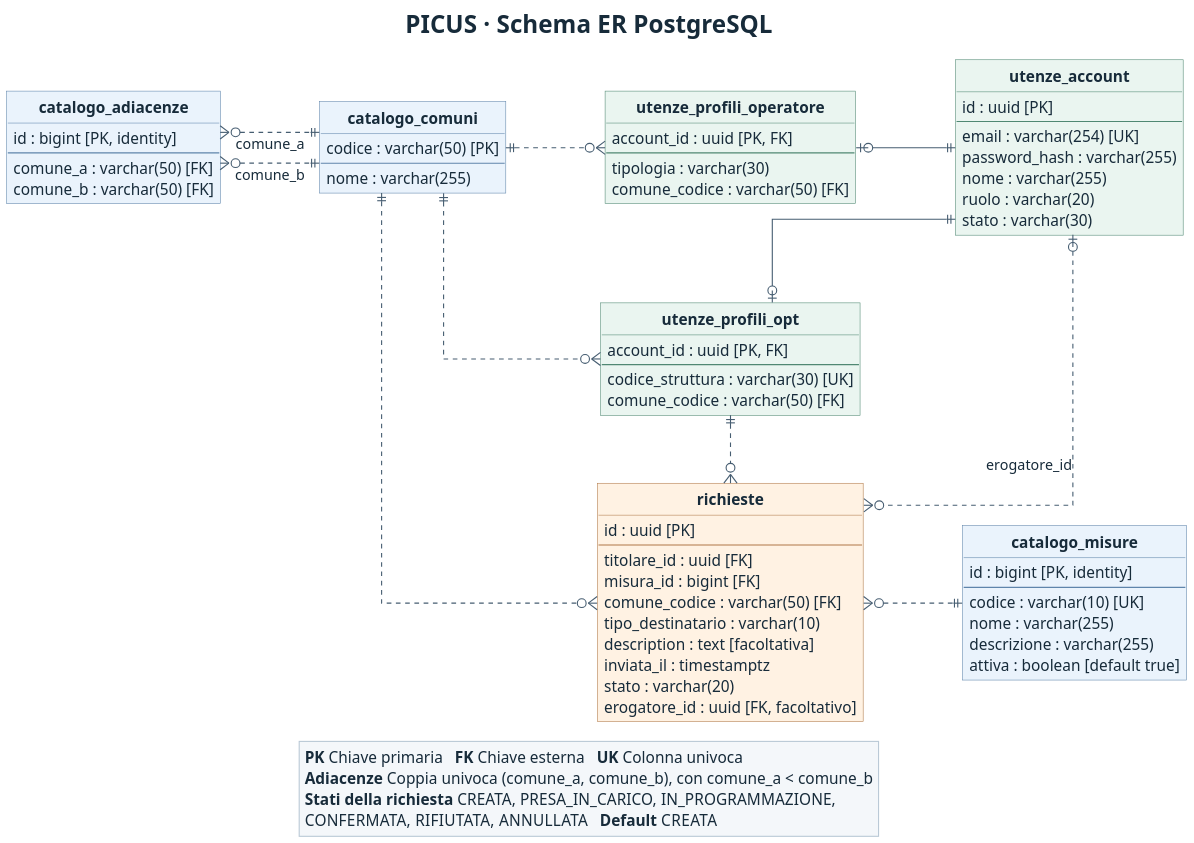
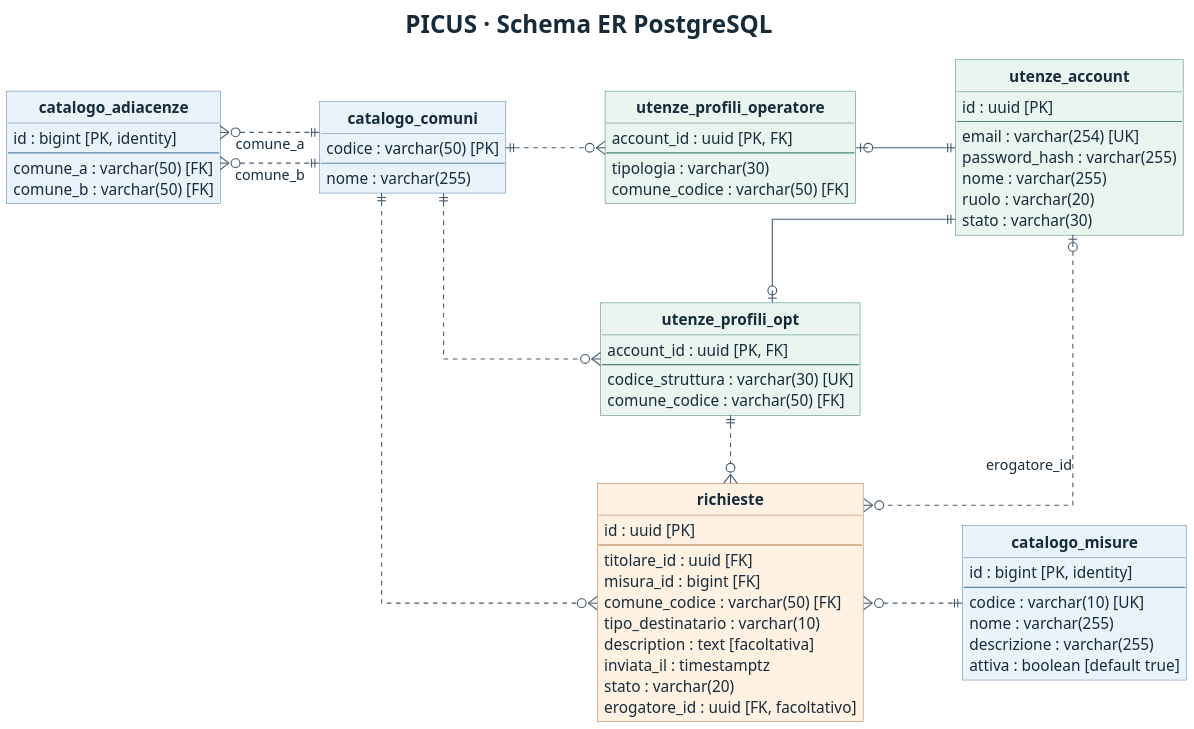
The diagram in docs/architecture/diagrams/PICUS-Schema-ER.puml (Pinguini-alla-Fragola/Progetto-SAD), drawn with PlantUML before and after one commit. The commit also changed 1 other file, not shown here.

Commit message:
docs(architecture): rimuove la legenda dallo schema ER

```diff
--- a/docs/architecture/diagrams/PICUS-Schema-ER.puml
+++ b/docs/architecture/diagrams/PICUS-Schema-ER.puml
@@ -1,111 +1,100 @@
 @startuml
 ' Schema PostgreSQL risultante dalle migrazioni Flyway V1-V5.
 skinparam linetype ortho
 skinparam roundCorner 0
 skinparam nodesep 90
 skinparam ranksep 62
 skinparam shadowing false
 skinparam dpi 160
 skinparam defaultFontName Arial
 skinparam defaultFontColor #172B3A
 skinparam classFontStyle bold
 skinparam classAttributeIconSize 0
 skinparam ArrowColor #465D71
-skinparam legend {
-  BackgroundColor #F4F7FA
-  BorderColor #BAC9D6
-}
 
 skinparam class {
   BorderColor #60768A
   BackgroundColor #F6FAFD
   BackgroundColor<<Catalogo>> #EAF3FC
   BorderColor<<Catalogo>> #5F85AB
   BackgroundColor<<Utenze>> #EAF5F0
   BorderColor<<Utenze>> #508873
   BackgroundColor<<Richieste>> #FFF2E3
   BorderColor<<Richieste>> #B07848
 }
 
 hide circle
 hide stereotype
 title <size:22><b>PICUS · Schema ER PostgreSQL</b></size>
 
 entity catalogo_comuni <<Catalogo>> {
   codice : varchar(50) [PK]
   --
   nome : varchar(255)
 }
 
 entity catalogo_adiacenze <<Catalogo>> {
   id : bigint [PK, identity]
   --
   comune_a : varchar(50) [FK]
   comune_b : varchar(50) [FK]
 }
 
 entity catalogo_misure <<Catalogo>> {
   id : bigint [PK, identity]
   --
   codice : varchar(10) [UK]
   nome : varchar(255)
   descrizione : varchar(255)
   attiva : boolean [default true]
 }
 
 entity utenze_account <<Utenze>> {
   id : uuid [PK]
   --
   email : varchar(254) [UK]
   password_hash : varchar(255)
   nome : varchar(255)
   ruolo : varchar(20)
   stato : varchar(30)
 }
 
 entity utenze_profili_opt <<Utenze>> {
   account_id : uuid [PK, FK]
   --
   codice_struttura : varchar(30) [UK]
   comune_codice : varchar(50) [FK]
 }
 
 entity utenze_profili_operatore <<Utenze>> {
   account_id : uuid [PK, FK]
   --
   tipologia : varchar(30)
   comune_codice : varchar(50) [FK]
 }
 
 entity richieste <<Richieste>> {
   id : uuid [PK]
   --
   titolare_id : uuid [FK]
   misura_id : bigint [FK]
   comune_codice : varchar(50) [FK]
   tipo_destinatario : varchar(10)
   description : text [facoltativa]
   inviata_il : timestamptz
   stato : varchar(20)
   erogatore_id : uuid [FK, facoltativo]
 }
 
 catalogo_comuni ||.left.o{ catalogo_adiacenze : comune_a
 catalogo_comuni ||.left.o{ catalogo_adiacenze : comune_b
 catalogo_comuni ||.down.o{ utenze_profili_opt
 catalogo_comuni ||.right.o{ utenze_profili_operatore
 catalogo_comuni ||.down.o{ richieste
 catalogo_misure ||.left.o{ richieste
 utenze_account ||-down-o| utenze_profili_opt
 utenze_account ||-left-o| utenze_profili_operatore
 utenze_account |o.down.o{ richieste : erogatore_id
 utenze_profili_opt ||.down.o{ richieste
 utenze_profili_operatore -[hidden]down- utenze_profili_opt
-
-legend bottom
-  <b>PK</b> Chiave primaria   <b>FK</b> Chiave esterna   <b>UK</b> Colonna univoca
-  <b>Adiacenze</b> Coppia univoca (comune_a, comune_b), con comune_a < comune_b
-  <b>Stati della richiesta</b> CREATA, PRESA_IN_CARICO, IN_PROGRAMMAZIONE,
-  CONFERMATA, RIFIUTATA, ANNULLATA   <b>Default</b> CREATA
-endlegend
 @enduml
```
